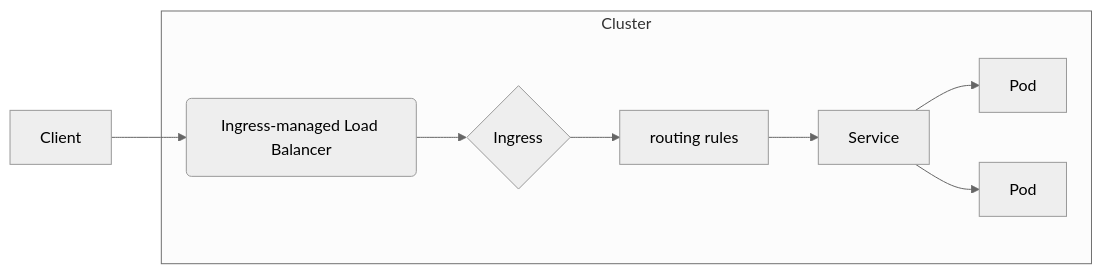
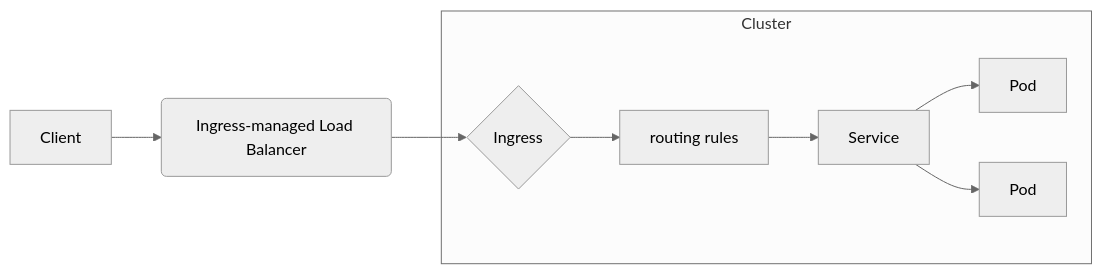
The third of 3 diagrams in Architecture_Overview.md (007chiragshah/tucana), drawn with Mermaid (neutral theme) before and after one commit.

````diff
--- a/Architecture_Overview.md
+++ b/Architecture_Overview.md
@@ -194,11 +194,11 @@
   ```mermaid 
   graph LR
     A[Client]-->B(Ingress-managed Load Balancer);
+    B-->C{Ingress};
     subgraph Cluster
-        B-->C{Ingress};
         C-->D[routing rules];
         D-->E[Service];
         E-->F[Pod];
         E-->G[Pod];
     end
   ```
````
